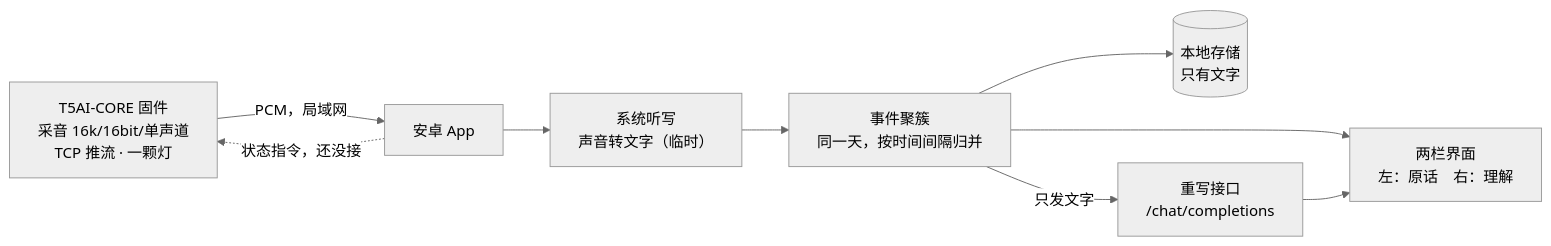
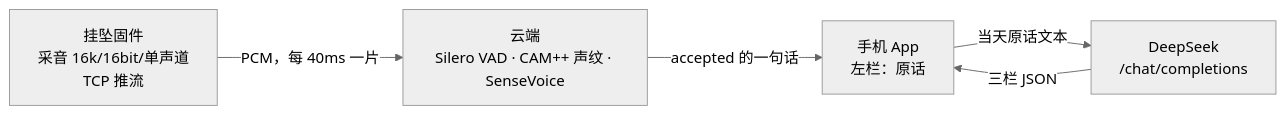
Before and after one commit to RUI-debug769/diting: the diagram in README.md, drawn with Mermaid (neutral theme). The commit also changed other lines of this file and 20 other files, not shown here.

````diff
--- a/README.md
+++ b/README.md
@@ -35,11 +32,7 @@
 ```mermaid
 flowchart LR
-    FW["T5AI-CORE 固件<br/>采音 16k/16bit/单声道<br/>TCP 推流 · 一颗灯"] -->|"PCM，局域网"| APP["安卓 App"]
-    APP --> ASR["系统听写<br/>声音转文字（临时）"]
-    ASR --> CLU["事件聚簇<br/>同一天，按时间间隔归并"]
-    CLU --> STORE[("本地存储<br/>只有文字")]
-    CLU --> UI["两栏界面<br/>左：原话　右：理解"]
-    CLU -->|"只发文字"| LM["重写接口<br/>/chat/completions"]
-    LM --> UI
-    APP -.->|"状态指令，还没接"| FW
+    FW["挂坠固件<br/>采音 16k/16bit/单声道<br/>TCP 推流"] -->|"PCM，每 40ms 一片"| CL["云端<br/>Silero VAD · CAM++ 声纹 · SenseVoice"]
+    CL -->|"accepted 的一句话"| APP["手机 App<br/>左栏：原话"]
+    APP -->|"当天原话文本"| LM["DeepSeek<br/>/chat/completions"]
+    LM -->|"三栏 JSON"| APP
 ```
````
